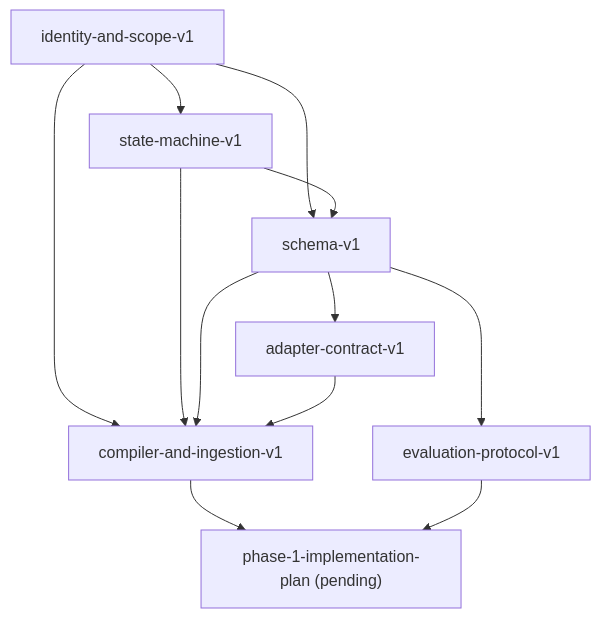
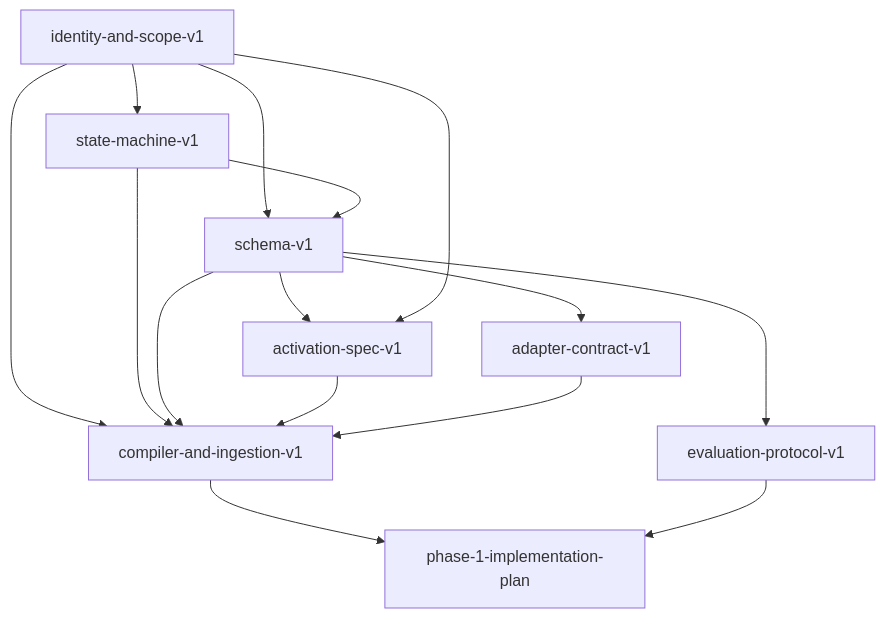
The diagram in docs/planning/contract-index.md (slicenferqin/project-memory-runtime), drawn with Mermaid before and after one commit. The commit also changed other lines of this file and 16 other files, not shown here.

````diff
--- a/docs/planning/contract-index.md
+++ b/docs/planning/contract-index.md
@@ -22,14 +23,17 @@
 ```mermaid
 graph TD
   identity["identity-and-scope-v1"] --> state["state-machine-v1"]
   identity --> schema["schema-v1"]
   state --> schema
+  schema --> activation["activation-spec-v1"]
+  identity --> activation
   schema --> adapter["adapter-contract-v1"]
   schema --> eval["evaluation-protocol-v1"]
   identity --> compiler["compiler-and-ingestion-v1"]
   state --> compiler
   schema --> compiler
+  activation --> compiler
   adapter --> compiler
-  compiler --> impl["phase-1-implementation-plan (pending)"]
+  compiler --> impl["phase-1-implementation-plan"]
   eval --> impl
 ```
````
